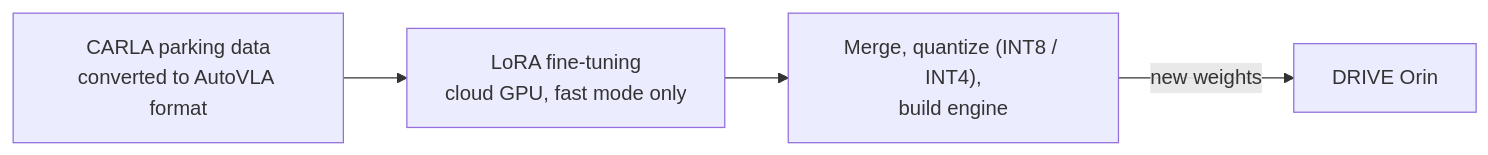
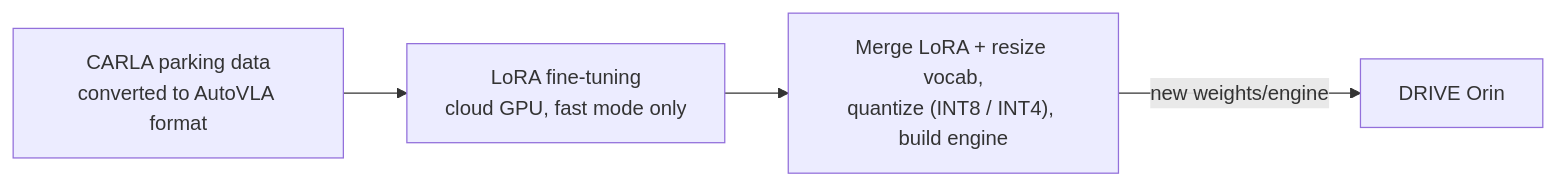
Before and after one commit to AbdelrhmanNouby/e2e-vla-parking: the second of 2 diagrams in README.md, drawn with Mermaid. The commit also changed other lines of this file, not shown here.

````diff
--- a/README.md
+++ b/README.md
@@ -42,6 +42,6 @@
 ```mermaid
 flowchart LR
     DATA["CARLA parking data<br/>converted to AutoVLA format"] --> FT["LoRA fine-tuning<br/>cloud GPU, fast mode only"]
-    FT --> EXP["Merge, quantize (INT8 / INT4),<br/>build engine"]
-    EXP -->|"new weights"| ORIN["DRIVE Orin"]
+    FT --> EXP["Merge LoRA + resize vocab,<br/>quantize (INT8 / INT4), build engine"]
+    EXP -->|"new weights/engine"| ORIN["DRIVE Orin"]
 ```
````
